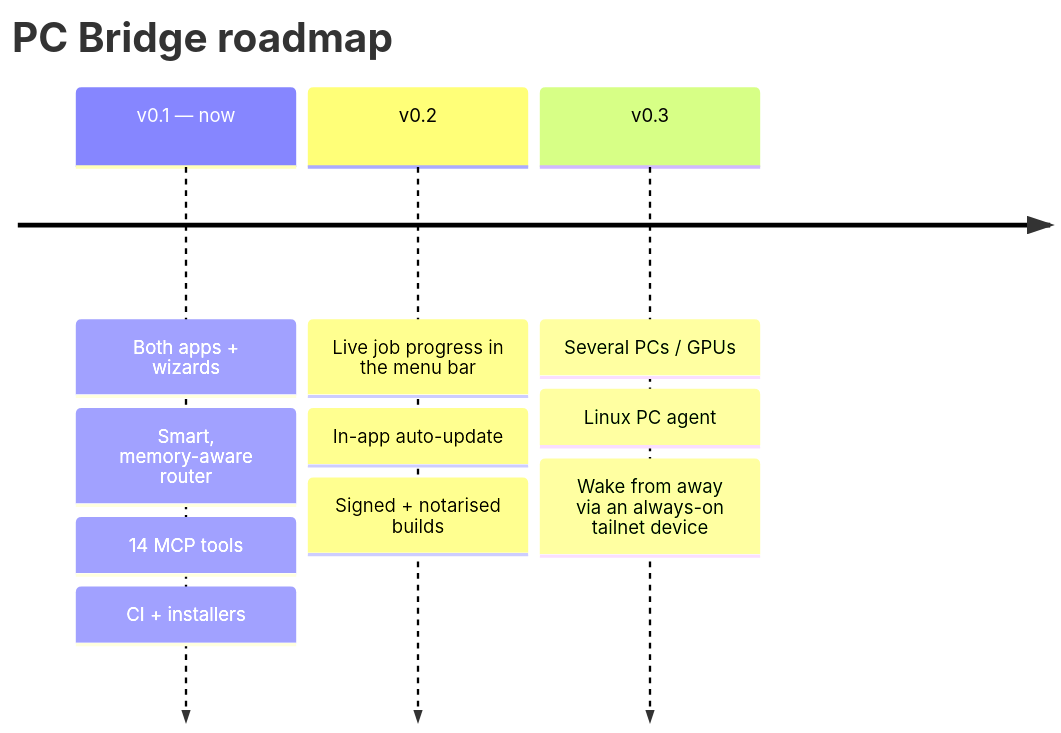
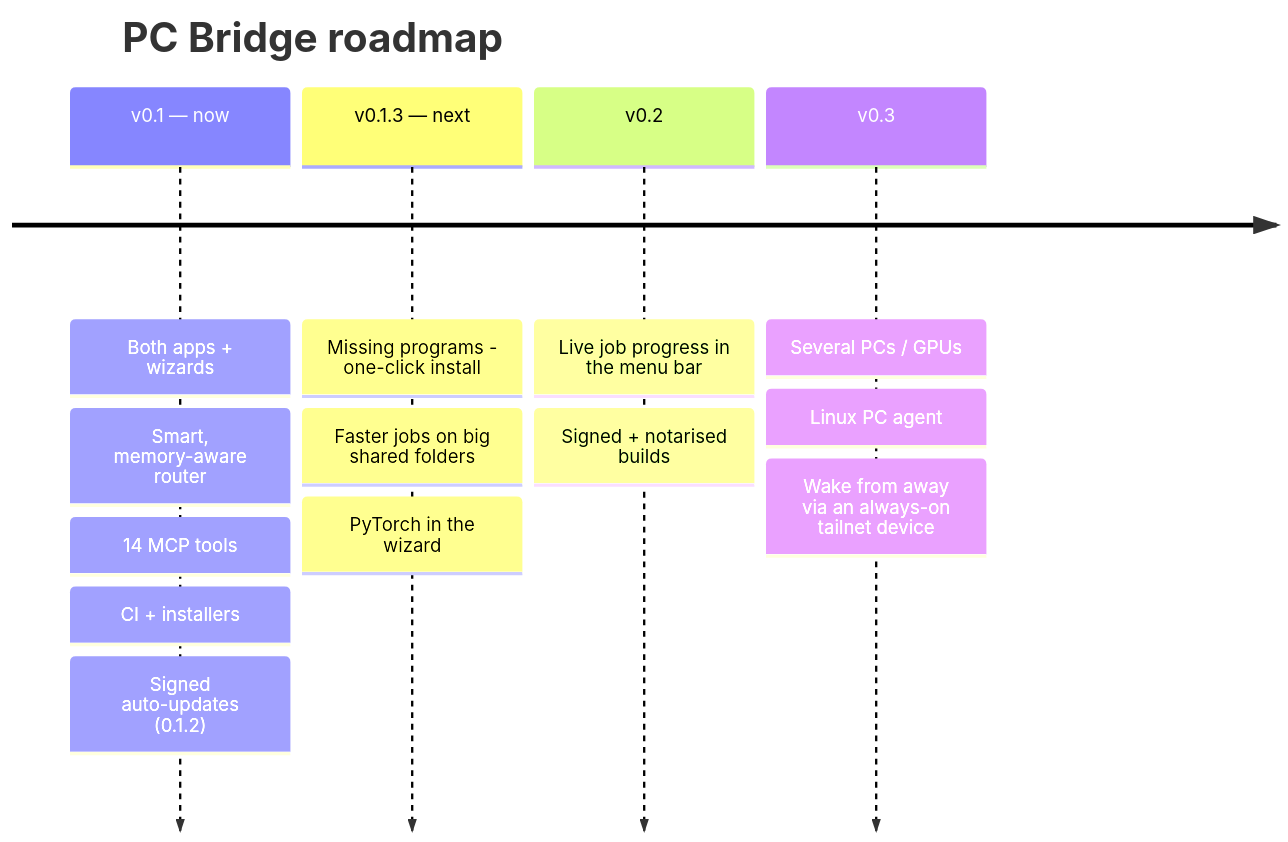
The diagram in ROADMAP.md (walidriachy/pc-gpu-bridge), drawn with Mermaid before and after one commit. The commit also changed other lines of this file, not shown here.

Commit message:
Roadmap: plan v0.1.3 (missing-program install, faster big folders, PyTorch in wizard)

````diff
--- a/ROADMAP.md
+++ b/ROADMAP.md
@@ -101,7 +101,8 @@
 ```mermaid
 timeline
   title PC Bridge roadmap
-  v0.1 — now : Both apps + wizards : Smart, memory-aware router : 14 MCP tools : CI + installers
-  v0.2 : Live job progress in the menu bar : In-app auto-update : Signed + notarised builds
+  v0.1 — now : Both apps + wizards : Smart, memory-aware router : 14 MCP tools : CI + installers : Signed auto-updates (0.1.2)
+  v0.1.3 — next : Missing programs - one-click install : Faster jobs on big shared folders : PyTorch in the wizard
+  v0.2 : Live job progress in the menu bar : Signed + notarised builds
   v0.3 : Several PCs / GPUs : Linux PC agent : Wake from away via an always-on tailnet device
 ```
````
